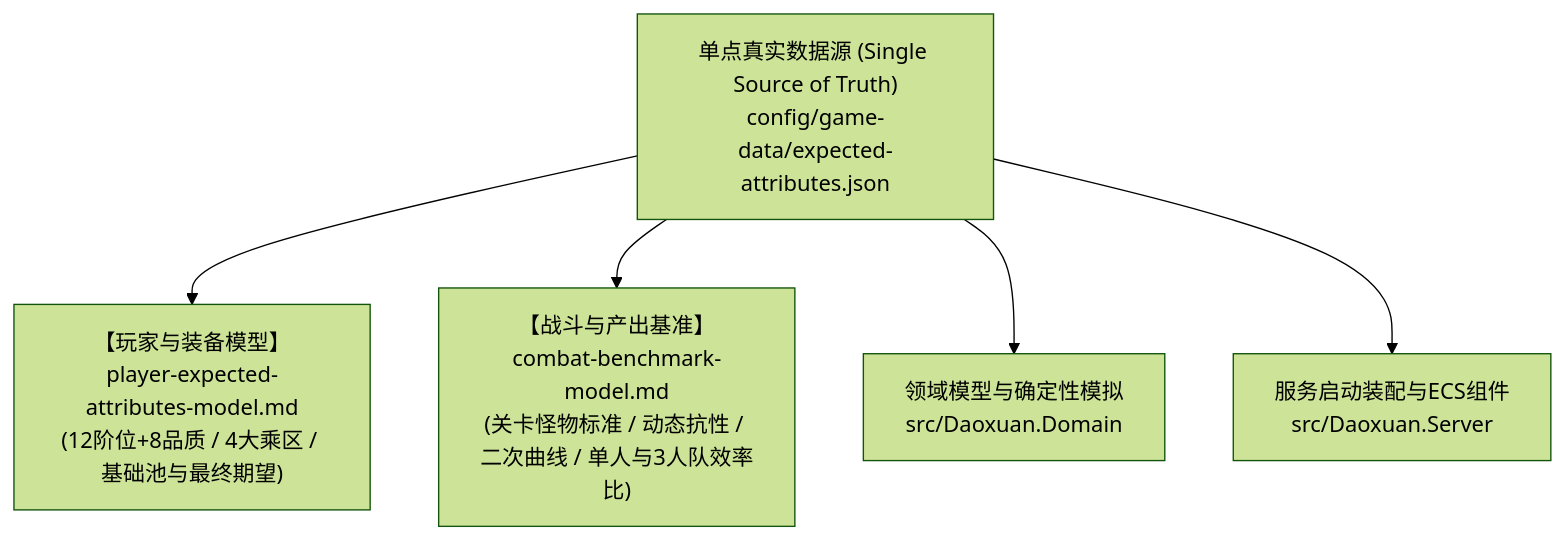
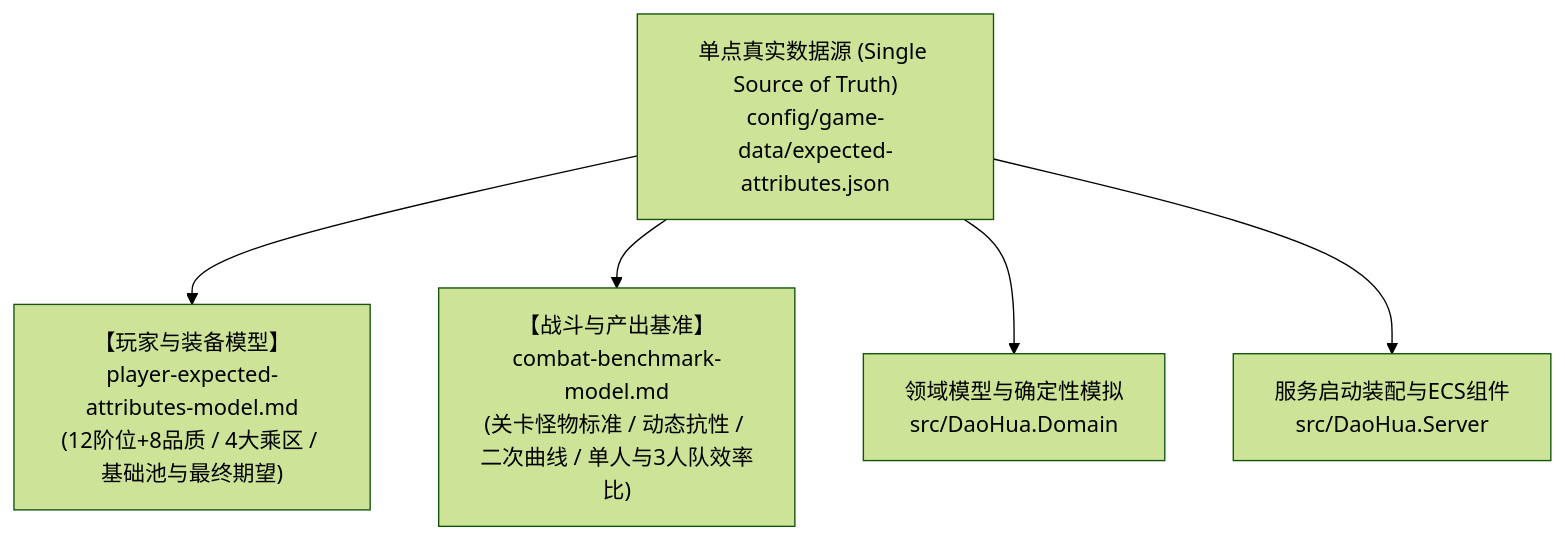
One commit to fruktoguo/daohua changed the diagram in docs/design/game-data.md. Above: the diagram before and after it, drawn with Mermaid (forest theme). The commit also changed other lines of this file and 17 other files, not shown here.

````diff
--- a/docs/design/game-data.md
+++ b/docs/design/game-data.md
@@ -23,13 +23,13 @@
 ```mermaid
 flowchart TD
     Config["单点真实数据源 (Single Source of Truth)<br>config/game-data/expected-attributes.json"]
     
     Doc1["【玩家与装备模型】<br>player-expected-attributes-model.md<br>(12阶位+8品质 / 4大乘区 / 基础池与最终期望)"]
     Doc2["【战斗与产出基准】<br>combat-benchmark-model.md<br>(关卡怪物标准 / 动态抗性 / 二次曲线 / 单人与3人队效率比)"]
     
-    Domain["领域模型与确定性模拟<br>src/Daoxuan.Domain"]
-    Server["服务启动装配与ECS组件<br>src/Daoxuan.Server"]
+    Domain["领域模型与确定性模拟<br>src/DaoHua.Domain"]
+    Server["服务启动装配与ECS组件<br>src/DaoHua.Server"]
     
     Config --> Doc1 & Doc2
     Config --> Domain & Server
 ```
````
